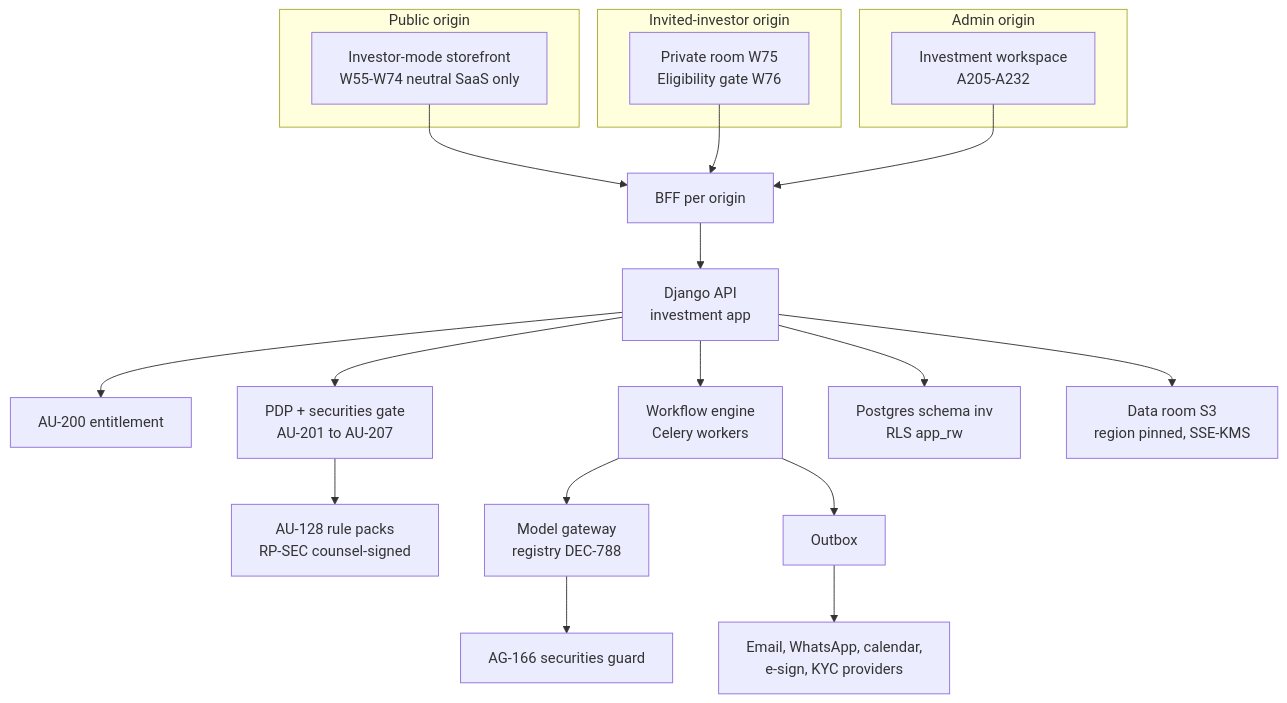
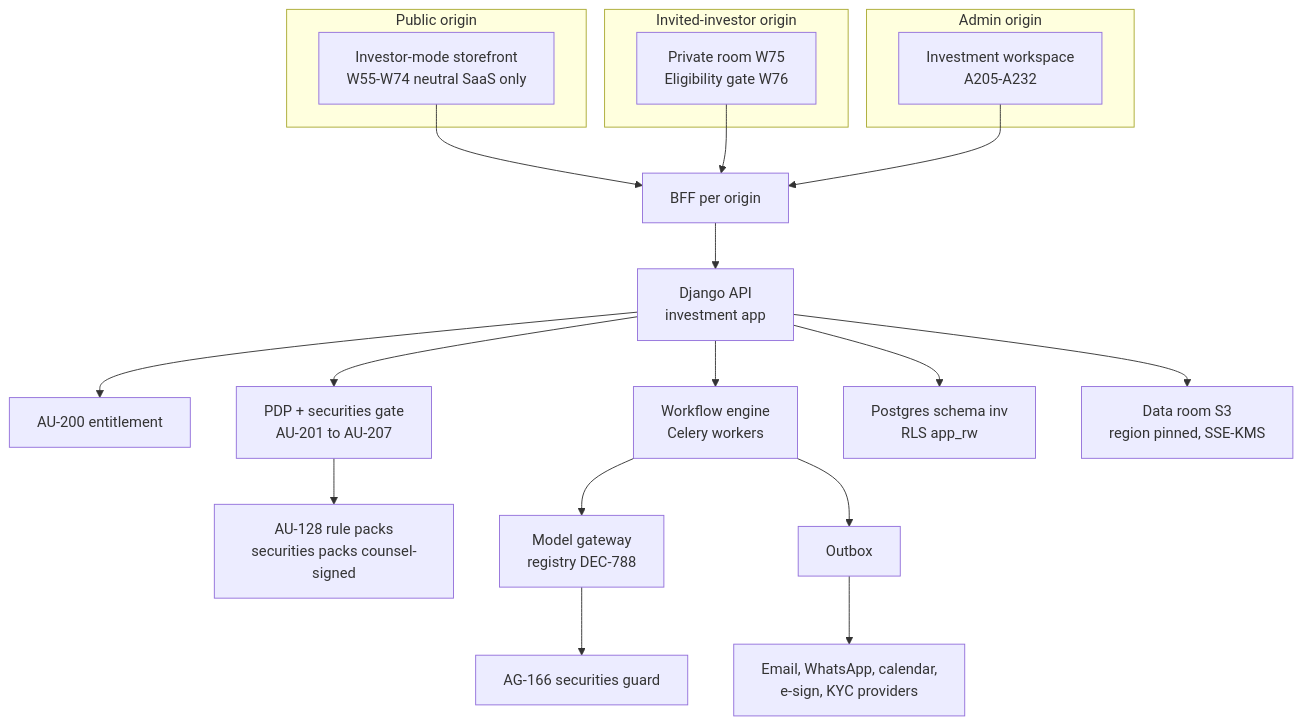
The first of 4 diagrams in blueprint/Part-11-16a_Investment_Automation_I_Investor_Mode_and_INV-SVC-01-12.md (vishnukeerthi0428-ctrl/Allinonecalculator), drawn with Mermaid before and after one commit. The commit also changed other lines of this file and 3 other files, not shown here.

````diff
--- a/blueprint/Part-11-16a_Investment_Automation_I_Investor_Mode_and_INV-SVC-01-12.md
+++ b/blueprint/Part-11-16a_Investment_Automation_I_Investor_Mode_and_INV-SVC-01-12.md
@@ -572,26 +572,26 @@
 ```mermaid
 flowchart TD
   subgraph PUB["Public origin"]
     W1["Investor-mode storefront<br/>W55-W74 neutral SaaS only"]
   end
   subgraph INVP["Invited-investor origin"]
     W2["Private room W75<br/>Eligibility gate W76"]
   end
   subgraph ADM["Admin origin"]
     A1["Investment workspace<br/>A205-A232"]
   end
   W1 --> BFF["BFF per origin"]
   W2 --> BFF
   A1 --> BFF
   BFF --> API["Django API<br/>investment app"]
   API --> ENT["AU-200 entitlement"]
   API --> PDP["PDP + securities gate<br/>AU-201 to AU-207"]
-  PDP --> RP["AU-128 rule packs<br/>RP-SEC counsel-signed"]
+  PDP --> RP["AU-128 rule packs<br/>securities packs counsel-signed"]
   API --> WF["Workflow engine<br/>Celery workers"]
   WF --> GW["Model gateway<br/>registry DEC-788"]
   GW --> GUARD["AG-166 securities guard"]
   WF --> OB["Outbox"]
   OB --> CH["Email, WhatsApp, calendar,<br/>e-sign, KYC providers"]
   API --> DB["Postgres schema inv<br/>RLS app_rw"]
   API --> S3["Data room S3<br/>region pinned, SSE-KMS"]
 ```
````
